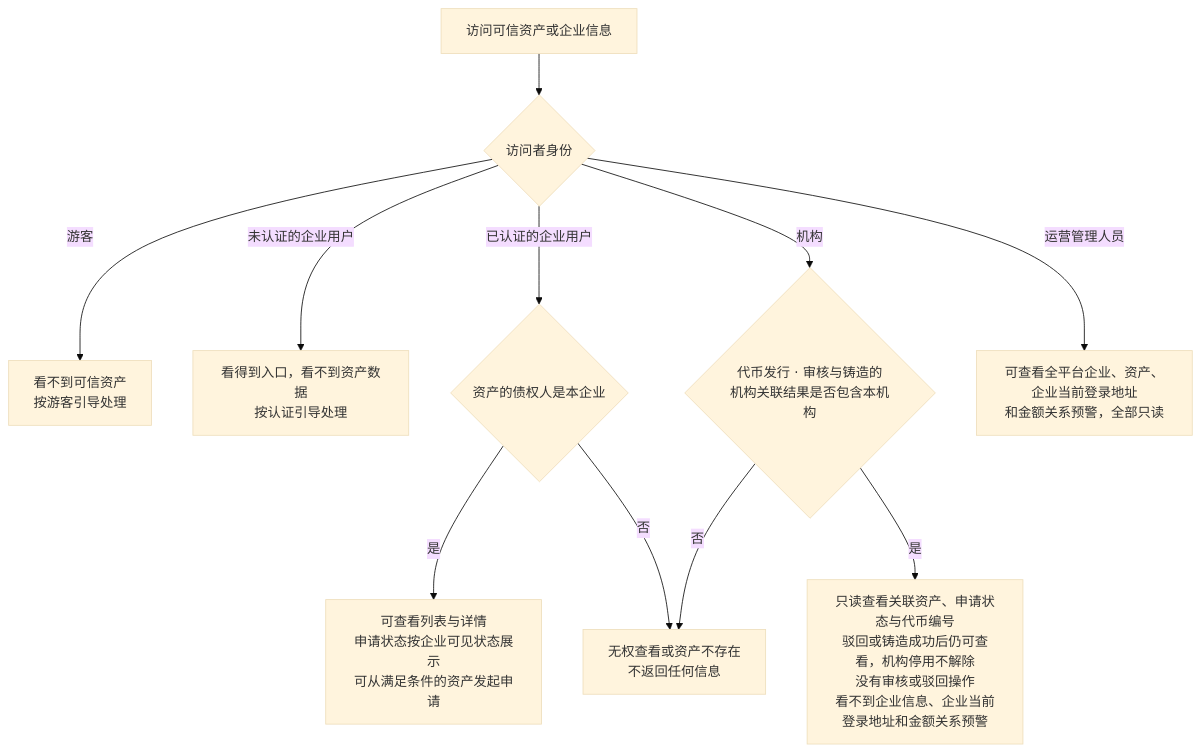
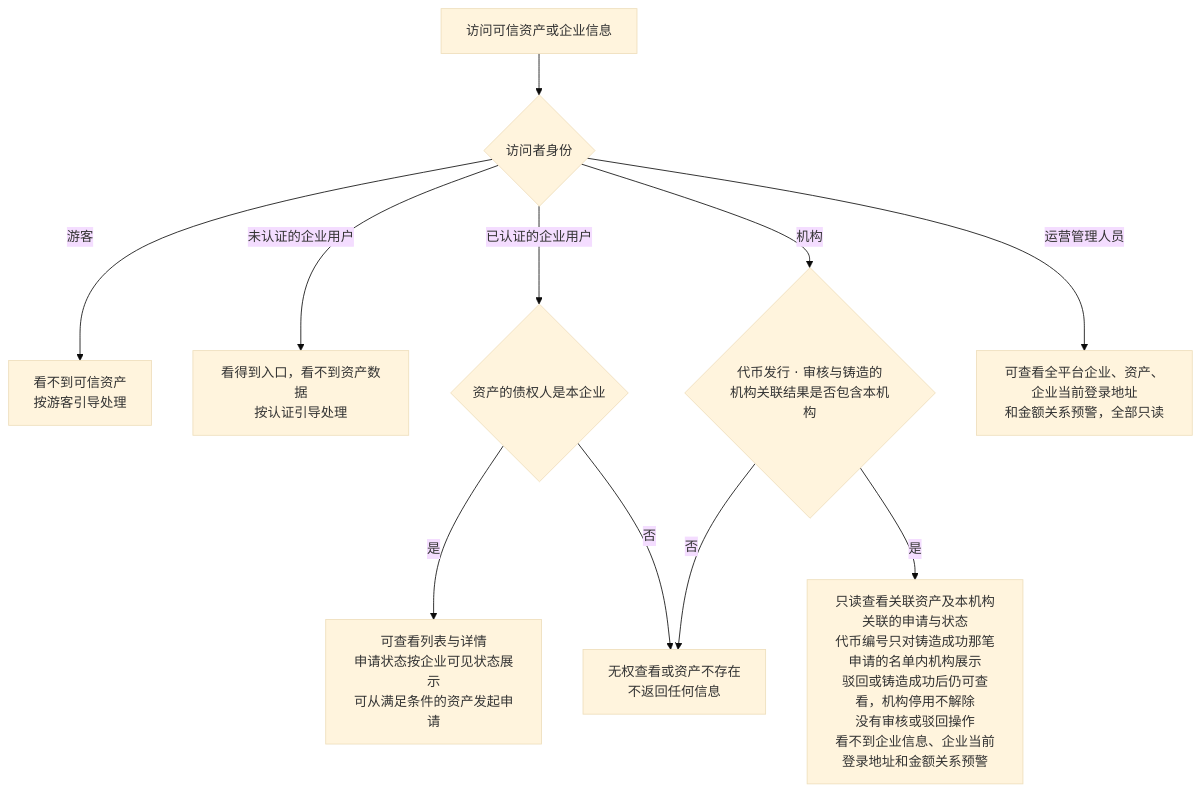
The sixth of 6 diagrams in token-issuance-platform/PRD/两端共用/M2-可信资产/02-可信资产-流程图与状态机.md (wxblockchain/Chain-Financing), drawn with Mermaid (base theme) before and after one commit. The commit also changed other lines of this file and 20 other files, not shown here.

````diff
--- a/token-issuance-platform/PRD/两端共用/M2-可信资产/02-可信资产-流程图与状态机.md
+++ b/token-issuance-platform/PRD/两端共用/M2-可信资产/02-可信资产-流程图与状态机.md
@@ -105,13 +105,13 @@
 ```mermaid
 flowchart TD
     A[访问可信资产或企业信息] --> B{访问者身份}
     B -->|游客| G[看不到可信资产<br/>按游客引导处理]
     B -->|未认证的企业用户| U[看得到入口，看不到资产数据<br/>按认证引导处理]
     B -->|已认证的企业用户| C{资产的债权人是本企业}
     C -->|是| C1[可查看列表与详情<br/>申请状态按企业可见状态展示<br/>可从满足条件的资产发起申请]
     C -->|否| N[无权查看或资产不存在<br/>不返回任何信息]
     B -->|机构| D{代币发行 · 审核与铸造的<br/>机构关联结果是否包含本机构}
-    D -->|是| D1[只读查看关联资产、申请状态与代币编号<br/>驳回或铸造成功后仍可查看，机构停用不解除<br/>没有审核或驳回操作<br/>看不到企业信息、企业当前登录地址和金额关系预警]
+    D -->|是| D1[只读查看关联资产及本机构关联的申请与状态<br/>代币编号只对铸造成功那笔申请的名单内机构展示<br/>驳回或铸造成功后仍可查看，机构停用不解除<br/>没有审核或驳回操作<br/>看不到企业信息、企业当前登录地址和金额关系预警]
     D -->|否| N
     B -->|运营管理人员| E[可查看全平台企业、资产、企业当前登录地址<br/>和金额关系预警，全部只读]
 ```
````
